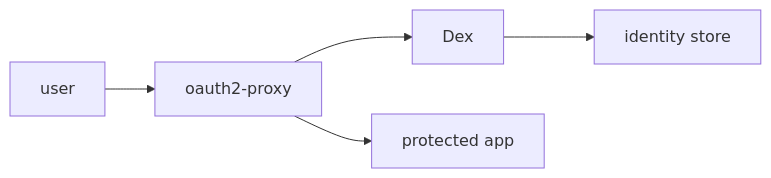
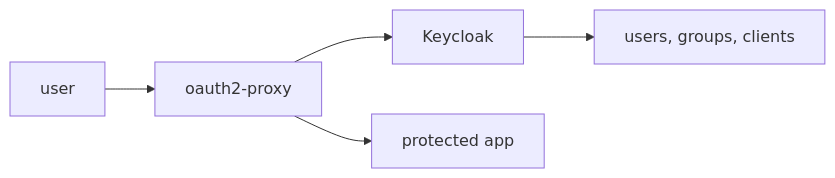
The tenth of 10 diagrams in kubernetes/kind/README.md (nickromney/platform), drawn with Mermaid before and after one commit. The commit also changed other lines of this file and 112 other files, not shown here.

````diff
--- a/kubernetes/kind/README.md
+++ b/kubernetes/kind/README.md
@@ -333,7 +333,7 @@
 ```mermaid
 flowchart LR
     user["user"] --> proxy["oauth2-proxy"]
-    proxy --> dex["Dex"]
+    proxy --> keycloak["Keycloak"]
     proxy --> app["protected app"]
-    dex --> id["identity store"]
+    keycloak --> id["users, groups, clients"]
 ```
````
